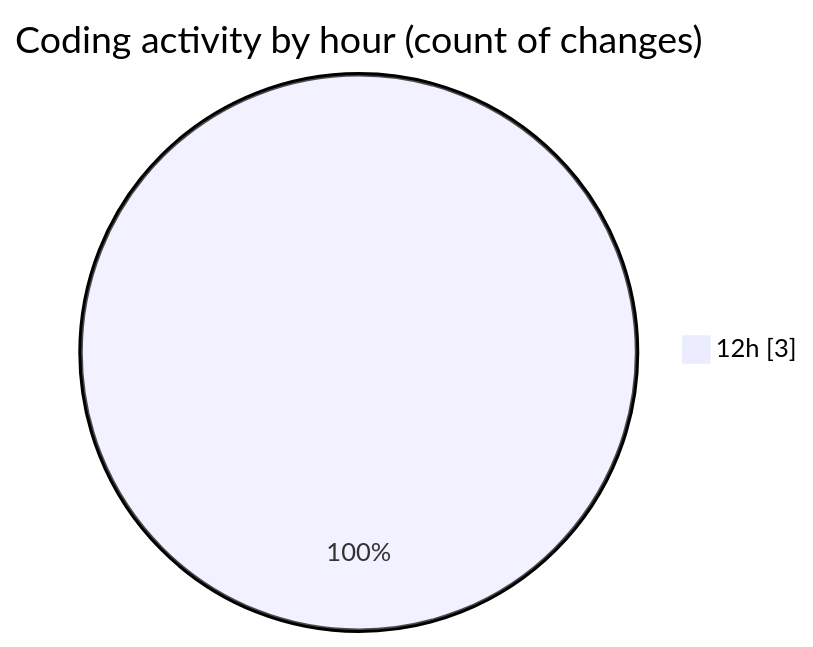
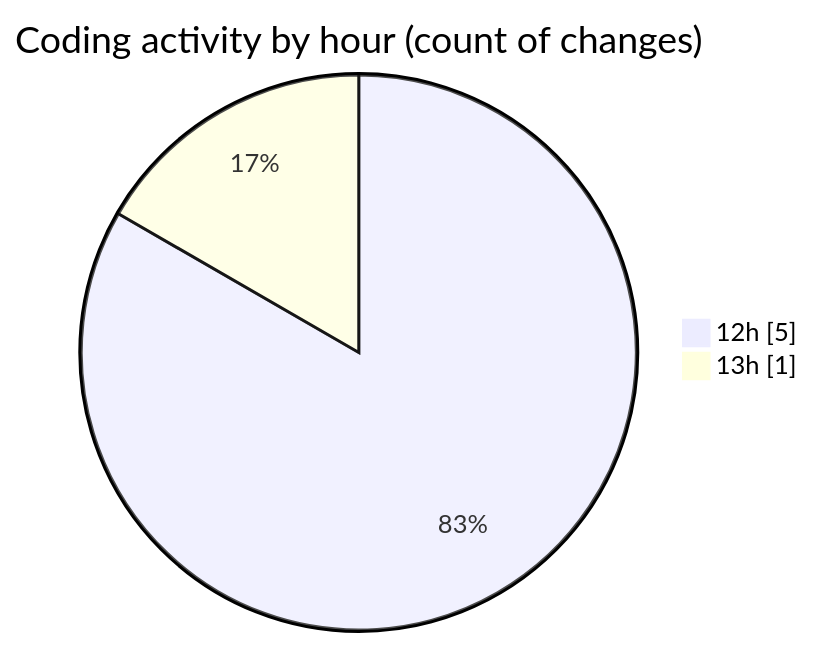
The second of 2 diagrams in 2025-04-19/myws__workspace_/README.md (MatusMokan/code-tracking), drawn with Mermaid before and after one commit. The commit also changed other lines of this file and 1 other file, not shown here.

````diff
--- a/2025-04-19/myws__workspace_/README.md
+++ b/2025-04-19/myws__workspace_/README.md
@@ -29,5 +30,6 @@
 ```mermaid
 pie showData
 title Coding activity by hour (count of changes)
-"12h" : 3
+"12h" : 5
+"13h" : 1
 ```
````
